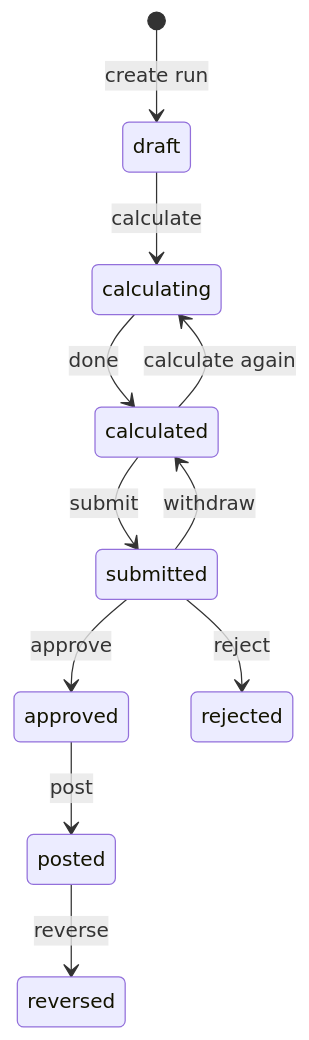
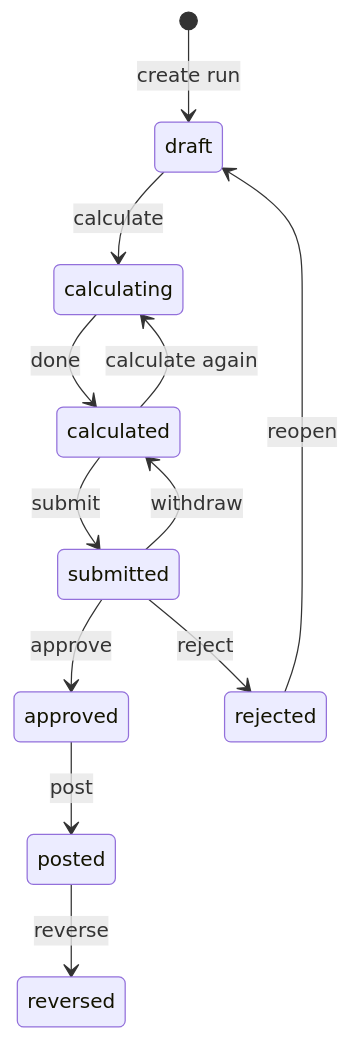
The second of 3 diagrams in README.md (Ornament-AI/accord), drawn with Mermaid before and after one commit. The commit also changed other lines of this file and 60 other files, not shown here.

````diff
--- a/README.md
+++ b/README.md
@@ -87,13 +87,14 @@
 ```mermaid
 stateDiagram-v2
   [*] --> draft: create run
   draft --> calculating: calculate
   calculating --> calculated: done
   calculated --> calculating: calculate again
   calculated --> submitted: submit
   submitted --> calculated: withdraw
   submitted --> approved: approve
   submitted --> rejected: reject
+  rejected --> draft: reopen
   approved --> posted: post
   posted --> reversed: reverse
 ```
````
